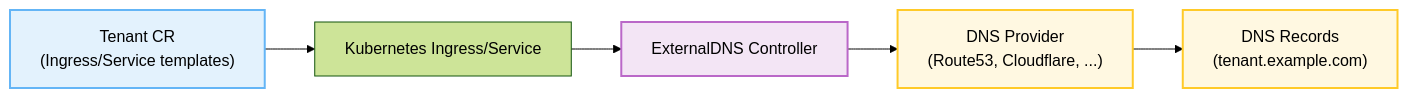
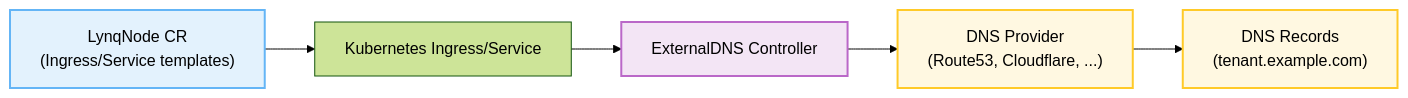
The first of 2 diagrams in docs/integration-external-dns.md (kubernetes-tenants/tenant-operator), drawn with Mermaid (forest theme) before and after one commit. The commit also changed other lines of this file and 20 other files, not shown here.

Commit message:
Update documentation to use LynqNode instead of Tenant

````diff
--- a/docs/integration-external-dns.md
+++ b/docs/integration-external-dns.md
@@ -11,17 +11,17 @@
 ```mermaid
 flowchart LR
-    Tenant["Tenant CR<br/>(Ingress/Service templates)"]
+    Tenant["LynqNode CR<br/>(Ingress/Service templates)"]
     Resource["Kubernetes Ingress/Service"]
     ExternalDNS["ExternalDNS Controller"]
     Provider["DNS Provider<br/>(Route53, Cloudflare, ...)"]
     DNS["DNS Records<br/>(tenant.example.com)"]
 
     Tenant --> Resource --> ExternalDNS --> Provider --> DNS
 
     classDef tenant fill:#e3f2fd,stroke:#64b5f6,stroke-width:2px;
     class Tenant tenant;
     classDef external fill:#f3e5f5,stroke:#ba68c8,stroke-width:2px;
     class ExternalDNS external;
     classDef provider fill:#fff8e1,stroke:#ffca28,stroke-width:2px;
     class Provider,DNS provider;
 ```
````
